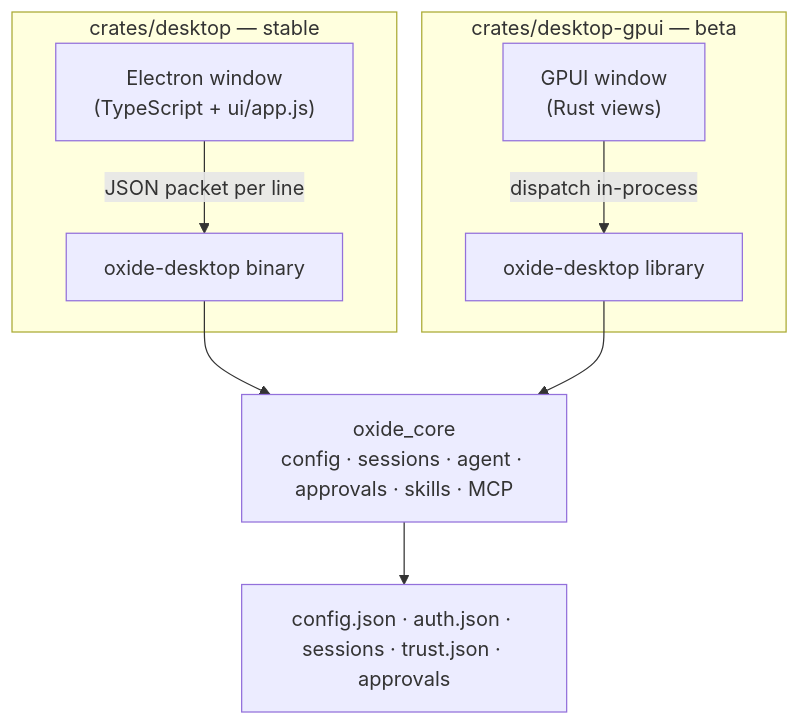
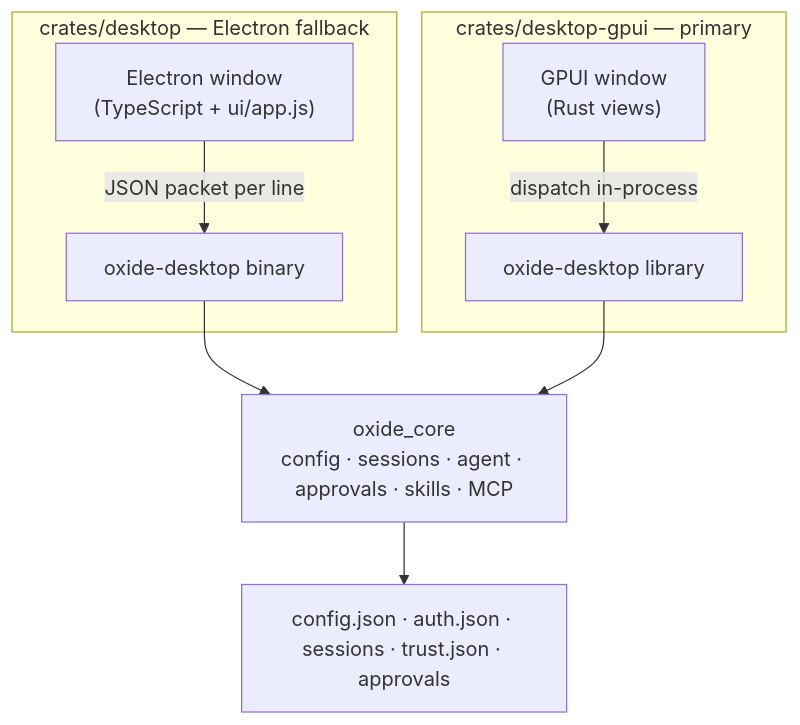
Before and after one commit to jaysonwu991/oxide: the diagram in docs/desktop-gpui.md, drawn with Mermaid. The commit also changed other lines of this file and 21 other files, not shown here.

First line of the commit message:
feat(desktop): make GPUI the default desktop (#324)

````diff
--- a/docs/desktop-gpui.md
+++ b/docs/desktop-gpui.md
@@ -16,12 +16,12 @@
 ```mermaid
 graph TD
-    subgraph stable["crates/desktop — stable"]
+    subgraph fallback["crates/desktop — Electron fallback"]
         Electron["Electron window<br/>(TypeScript + ui/app.js)"] -->|JSON packet per line| Harness["oxide-desktop binary"]
     end
-    subgraph beta["crates/desktop-gpui — beta"]
+    subgraph primary["crates/desktop-gpui — primary"]
         GPUI["GPUI window<br/>(Rust views)"] -->|dispatch in-process| Lib["oxide-desktop library"]
     end
     Harness --> Engine["oxide_core<br/>config · sessions · agent · approvals · skills · MCP"]
     Lib --> Engine
     Engine --> Store["config.json · auth.json · sessions · trust.json · approvals"]
 ```
````
